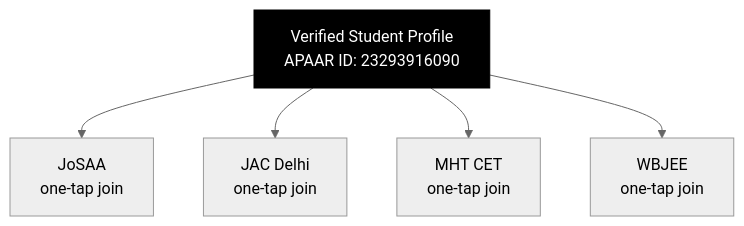
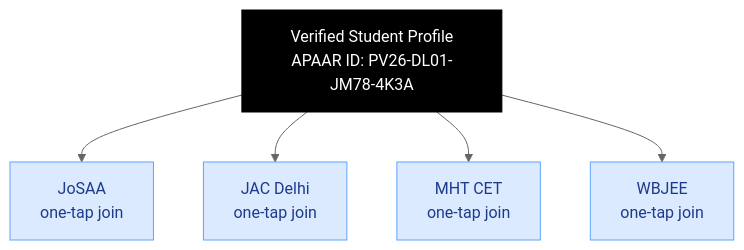
The second of 2 diagrams in praveshai/identity-and-verification.mdx (aashrutsharma2/docs), drawn with Mermaid (neutral theme) before and after one commit. The commit also changed other lines of this file and 4 other files, not shown here.

````diff
--- a/praveshai/identity-and-verification.mdx
+++ b/praveshai/identity-and-verification.mdx
@@ -121,10 +72,14 @@
 ```mermaid
 graph TD
-    P[Verified Student Profile\nAPAAR ID: 23293916090]
+    P["Verified Student Profile\nAPAAR ID: PV26-DL01-JM78-4K3A"]
     P --> C1[JoSAA\none-tap join]
     P --> C2[JAC Delhi\none-tap join]
     P --> C3[MHT CET\none-tap join]
     P --> C4[WBJEE\none-tap join]
 
-    style P fill:#000000,color:#ffffff,stroke:#000000
+    style P fill:#000000,stroke:#000000,color:#ffffff
+    style C1 fill:#DBEAFE,stroke:#60A5FA,color:#1E3A8A
+    style C2 fill:#DBEAFE,stroke:#60A5FA,color:#1E3A8A
+    style C3 fill:#DBEAFE,stroke:#60A5FA,color:#1E3A8A
+    style C4 fill:#DBEAFE,stroke:#60A5FA,color:#1E3A8A
 ```
````
